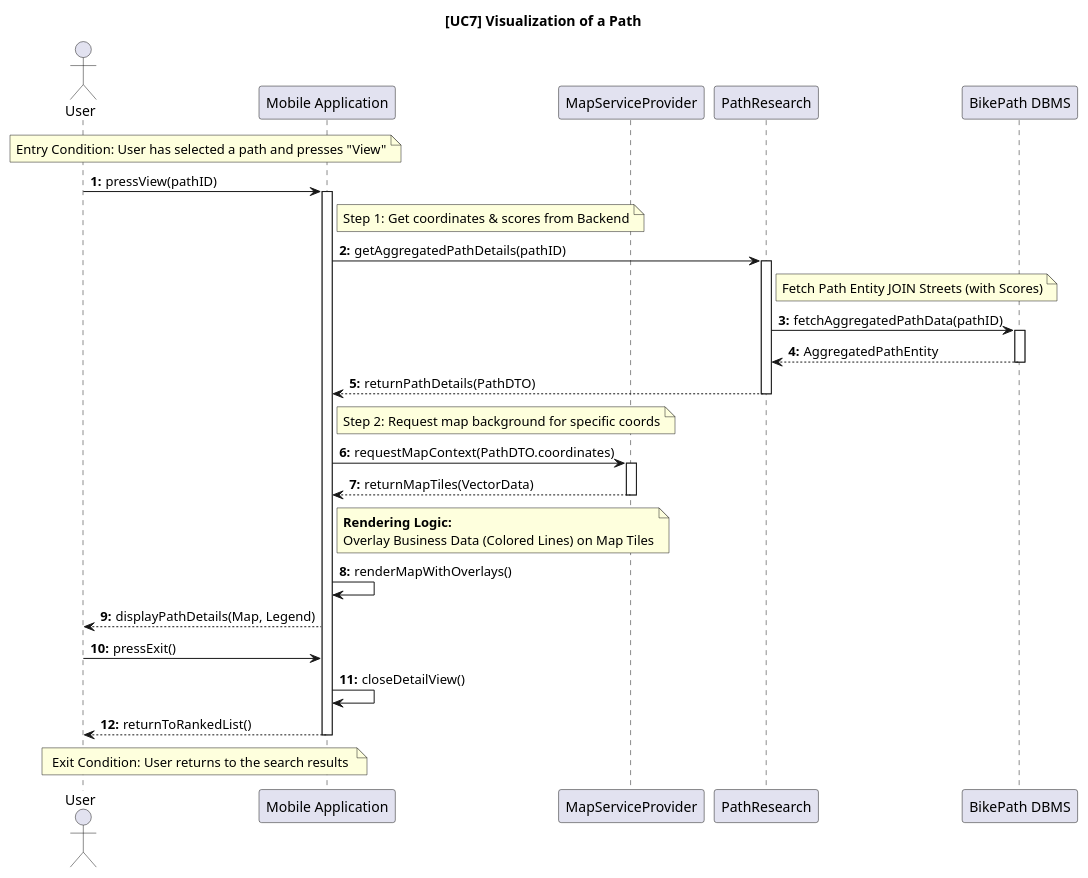
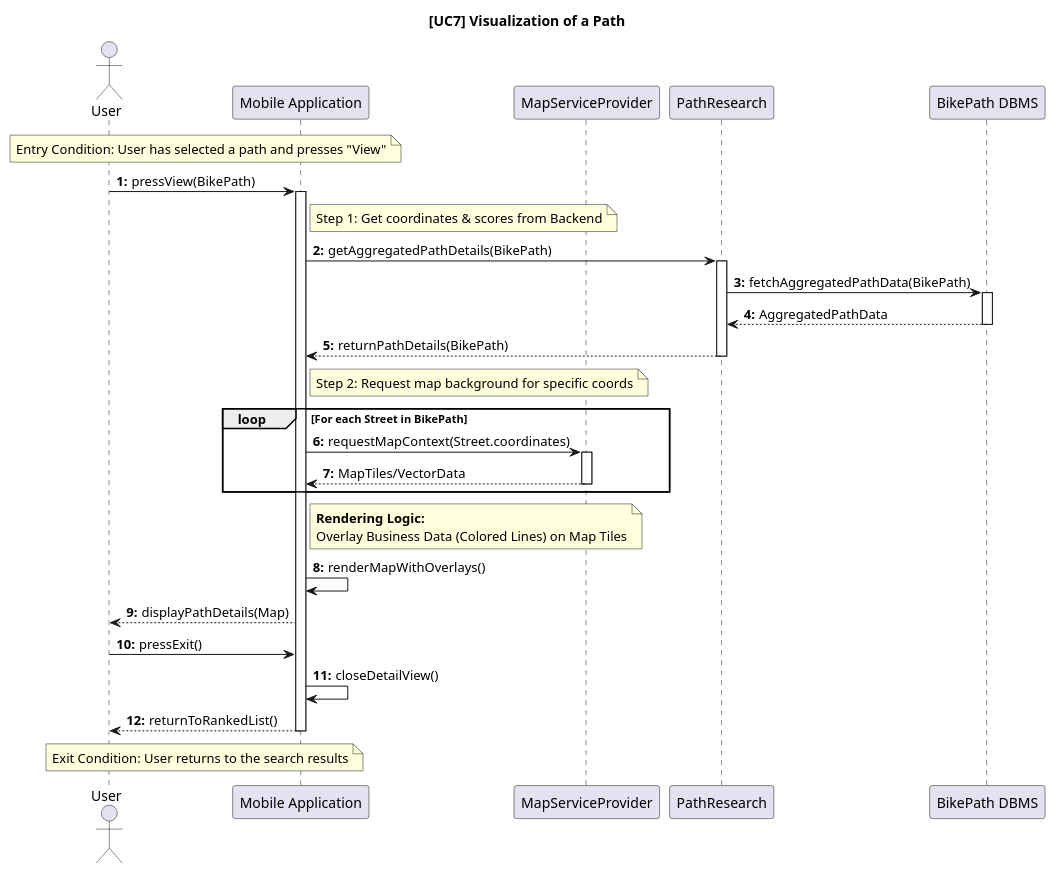
Before and after one commit to ilevinci/RubinoUvinsiVinciguerra: the diagram in DD/sequencediagrams/usecase7.puml, drawn with PlantUML. The commit also changed 5 other files, not shown here.

Commit message:
changes in consistency between sequence diagram and class diagram

```diff
--- a/DD/sequencediagrams/usecase7.puml
+++ b/DD/sequencediagrams/usecase7.puml
@@ -1,72 +1,74 @@
 @startuml UC7_VisualizationPath_Final
 autonumber "<b>0:"
 title [UC7] Visualization of a Path
 
 ' =======================================================
 ' COMPONENT DEFINITION
 ' =======================================================
 actor "User" as User
 participant "Mobile Application" as Client
 
 ' Servizio Esterno (Indispensabile per il rendering grafico)
 participant "MapServiceProvider" as Map
 
 ' Backend System
 participant "PathResearch" as PR
 participant "BikePath DBMS" as DB
 
 ' =======================================================
 ' ENTRY CONDITION
 ' =======================================================
 note over User, Client: Entry Condition: User has selected a path and presses "View"
 
 ' =======================================================
 ' (a) FETCH DATA & MAP CONTEXT
 ' =======================================================
-User -> Client: pressView(pathID)
+User -> Client: pressView(BikePath)
 activate Client
 
 ' 1. Recupero Dati del Percorso (Logica di Business)
 note right of Client: Step 1: Get coordinates & scores from Backend
-Client -> PR: getAggregatedPathDetails(pathID)
+Client -> PR: getAggregatedPathDetails(BikePath)
 activate PR
 
 ' Query al DBMS
-note right of PR: Fetch Path Entity JOIN Streets (with Scores)
-PR -> DB: fetchAggregatedPathData(pathID)
+PR -> DB: fetchAggregatedPathData(BikePath)
 activate DB
-DB --> PR: AggregatedPathEntity
+DB --> PR: AggregatedPathData
 deactivate DB
 
 ' Ritorno dati al Client
-PR --> Client: returnPathDetails(PathDTO)
+PR --> Client: returnPathDetails(BikePath)
 deactivate PR
 
-' 2. Recupero Dati Cartografici (Logica di Visualizzazione)
+' 2. Recupero Mappa dal Service Provider
 note right of Client: Step 2: Request map background for specific coords
-Client -> Map: requestMapContext(PathDTO.coordinates)
-activate Map
-Map --> Client: returnMapTiles(VectorData)
-deactivate Map
+loop For each Street in BikePath
+
+    Client -> Map: requestMapContext(Street.coordinates)
+    activate Map
+    Map --> Client: MapTiles/VectorData
+    deactivate Map
+end
 
 ' =======================================================
 ' RENDERING LATO CLIENT
 ' =======================================================
 note right of Client: **Rendering Logic:**\nOverlay Business Data (Colored Lines) on Map Tiles
 
 
 Client -> Client: renderMapWithOverlays()
-Client --> User: displayPathDetails(Map, Legend)
+Client --> User: displayPathDetails(Map)
 
 ' =======================================================
 ' EXIT CONDITION
 ' =======================================================
 User -> Client: pressExit()
 
 Client -> Client: closeDetailView()
 Client --> User: returnToRankedList()
 
 note over User, Client: Exit Condition: User returns to the search results
 
 deactivate Client
 @enduml
```
